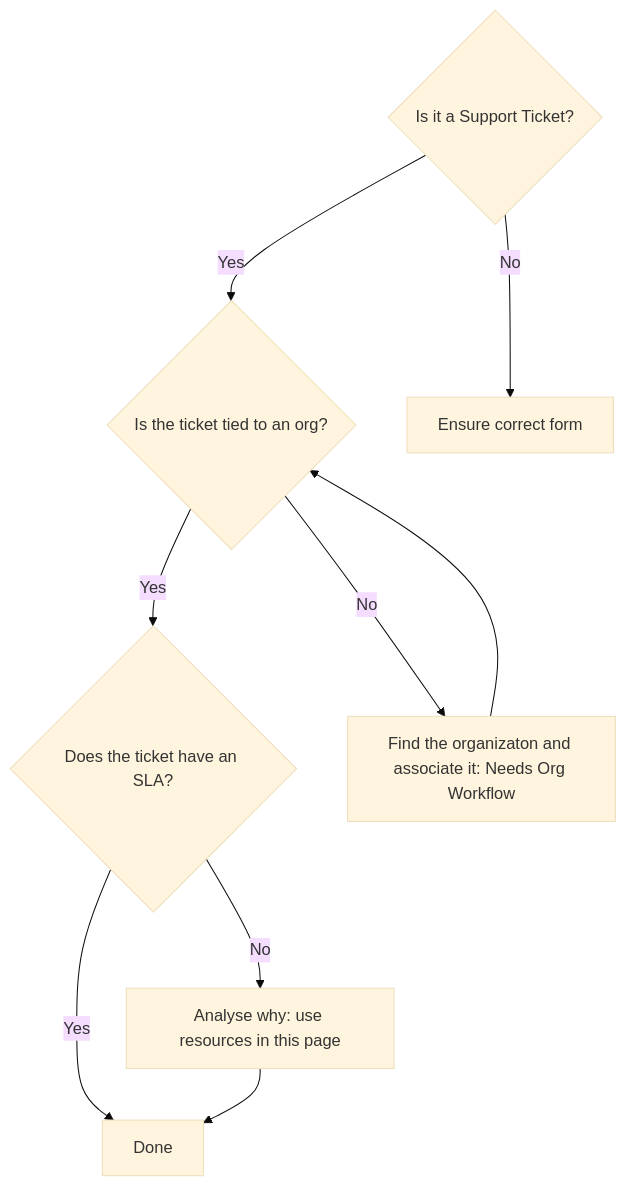
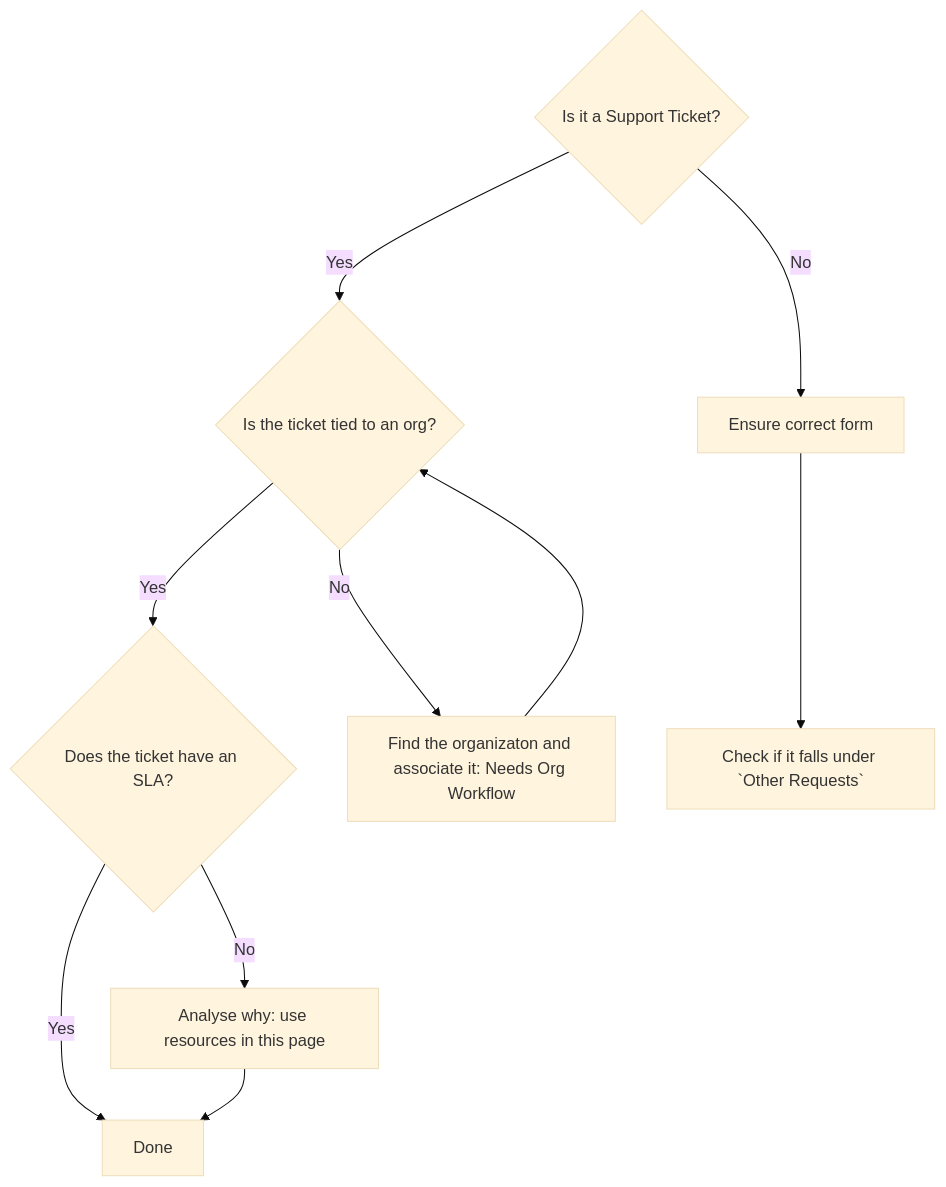
Before and after one commit to secretstartups/handbook: the diagram in support/workflows/ticket_triage.html.md, drawn with Mermaid (base theme).

Commit message:
Update mermaid chart in ticket_triage.html.md

````diff
--- a/support/workflows/ticket_triage.html.md
+++ b/support/workflows/ticket_triage.html.md
@@ -20,10 +20,11 @@
 ```mermaid
 graph TD
     A{Is it a Support Ticket?}
     A -->|Yes| B{Is the ticket tied to an org?}
     A -->|No| G[Ensure correct form]
     B -->|Yes| D{Does the ticket have an SLA?}
     B -->|No| E[Find the organizaton and associate it: Needs Org Workflow] --> B
     D -->|Yes| C[Done]
     D -->|No| F[Analyse why: use resources in this page] --> C
+    G -->H[Check if it falls under `Other Requests`]
 ```
````
